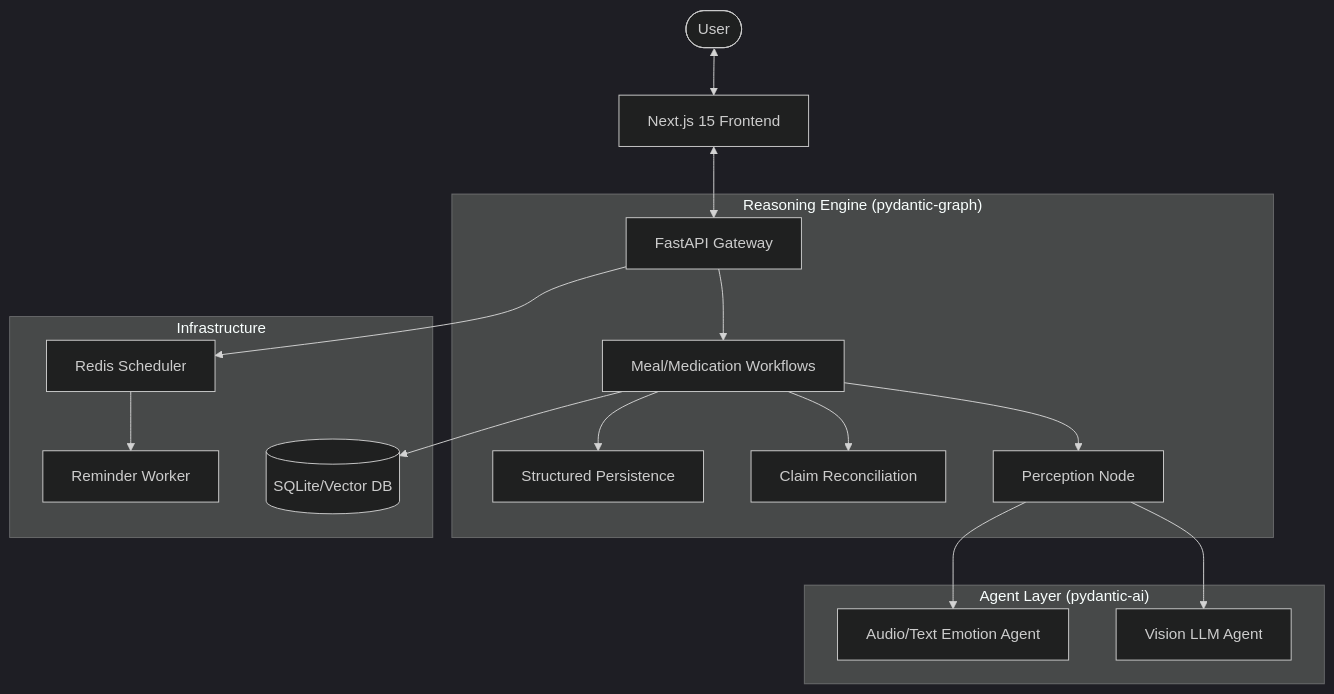
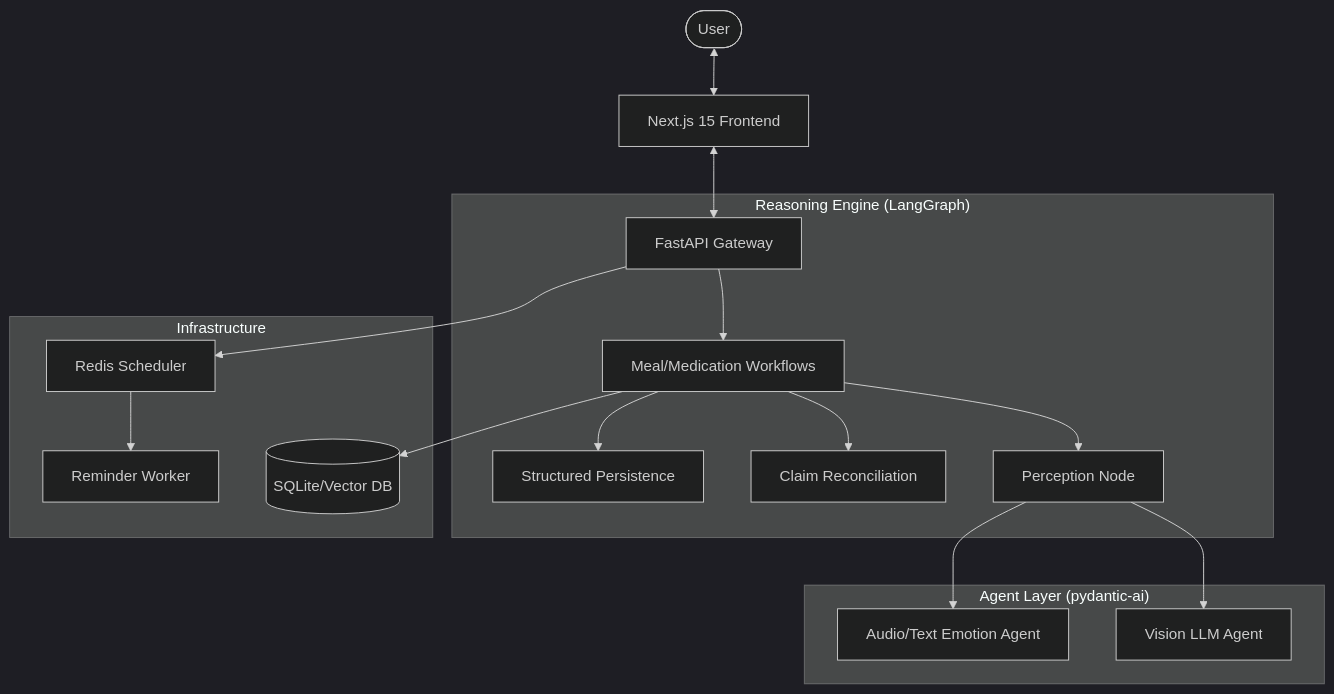
Before and after one commit to Fpengz/CarePilot: the diagram in README.md, drawn with Mermaid (dark theme). The commit also changed 11 other files, not shown here.

Commit message:
docs(refactor): update system and agent documentation for event-driven architecture

````diff
--- a/README.md
+++ b/README.md
@@ -44,23 +44,23 @@
 ```mermaid
 flowchart TD
     User([User]) <--> Web[Next.js 15 Frontend]
     Web <--> API[FastAPI Gateway]
     
-    subgraph "Reasoning Engine (pydantic-graph)"
+    subgraph "Reasoning Engine (LangGraph)"
         API --> Workflow[Meal/Medication Workflows]
         Workflow --> Perceive[Perception Node]
         Workflow --> Reconcile[Claim Reconciliation]
         Workflow --> Persist[Structured Persistence]
     end
     
     subgraph "Agent Layer (pydantic-ai)"
         Perceive --> VisionAgent[Vision LLM Agent]
         Perceive --> EmotionAgent[Audio/Text Emotion Agent]
     end
     
     subgraph "Infrastructure"
         Workflow --> DB[(SQLite/Vector DB)]
         API --> Redis[Redis Scheduler]
         Redis --> Worker[Reminder Worker]
     end
 ```
````
